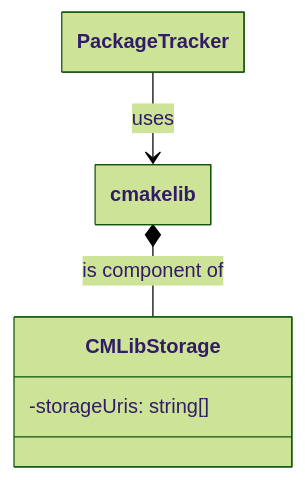
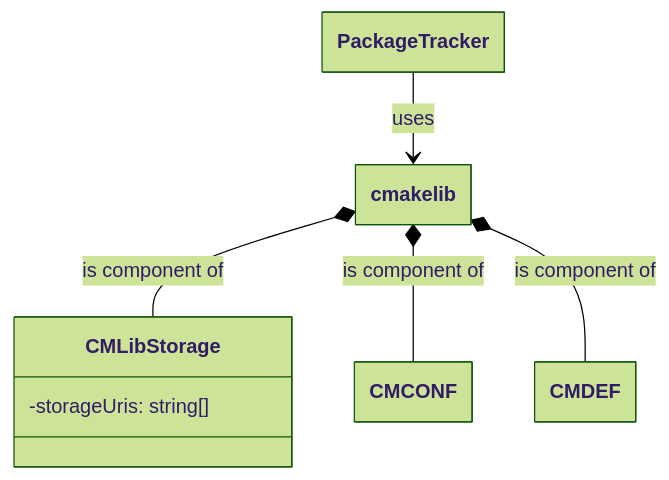
Before and after one commit to bacpack-system/bacpack-system.github.io: the sixth of 7 diagrams in docs/architecture.md, drawn with Mermaid (forest theme). The commit also changed other lines of this file and 2 other files, not shown here.

````diff
--- a/docs/architecture.md
+++ b/docs/architecture.md
@@ -302,19 +302,22 @@
 ```mermaid
 ---
   config:
     class:
       hideEmptyMembersBox: true
 ---
 classDiagram
     class cmakelib
     class CMLibStorage {
         -storageUris: string[]
     }
     class PackageTracker
 
     %% PackageTracker uses CMLibStorage (Association)
     PackageTracker --> cmakelib : uses
 
     %% CMLibStorage uses cmakelib (Association)
     cmakelib *-- CMLibStorage : is component of
+
+    cmakelib *-- CMCONF : is component of
+    cmakelib *-- CMDEF : is component of
 ```
````
